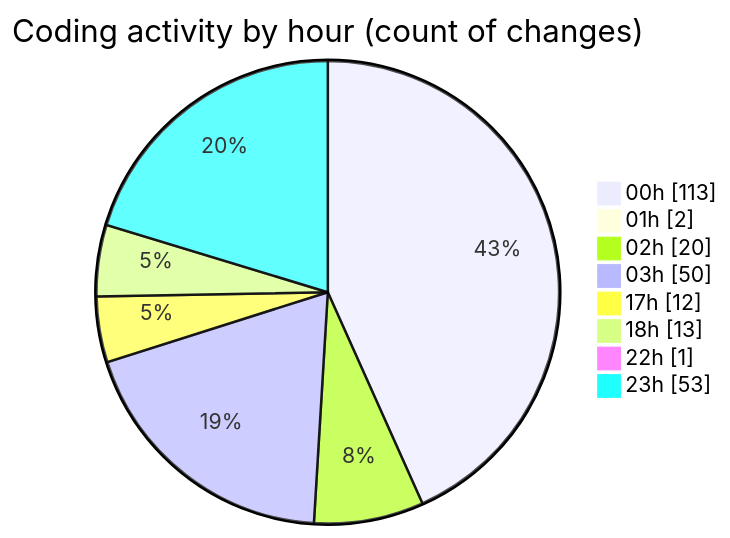
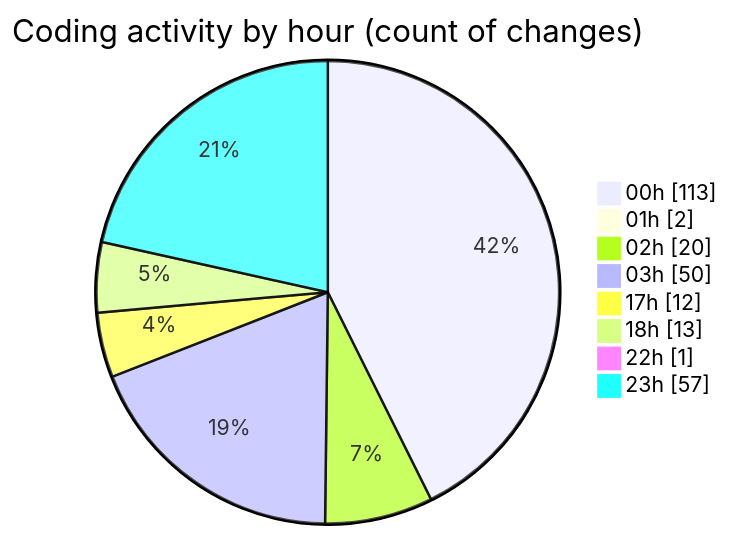
The second of 2 diagrams in 2025-08-06/napxuvn/README.md (lephambinh05/code-tracking), drawn with Mermaid before and after one commit. The commit also changed other lines of this file and 1 other file, not shown here.

````diff
--- a/2025-08-06/napxuvn/README.md
+++ b/2025-08-06/napxuvn/README.md
@@ -138,12 +140,12 @@
 ```mermaid
 pie showData
 title Coding activity by hour (count of changes)
 "00h" : 113
 "01h" : 2
 "02h" : 20
 "03h" : 50
 "17h" : 12
 "18h" : 13
 "22h" : 1
-"23h" : 53
+"23h" : 57
 ```
````
